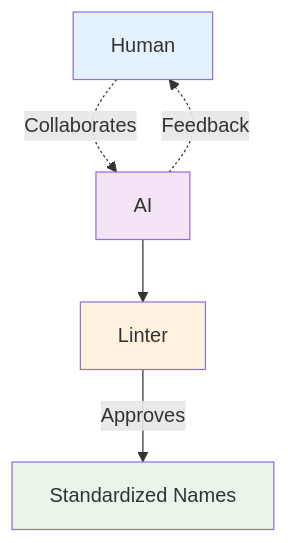
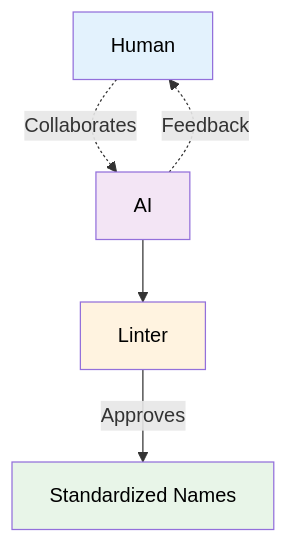
Before and after one commit to IndrajeetPatil/second-hardest-cs-thing: the third of 4 diagrams in index.qmd, drawn with Mermaid. The commit also changed other lines of this file and 4 other files, not shown here.

````diff
--- a/index.qmd
+++ b/index.qmd
@@ -1006,14 +1007,14 @@
 ```{mermaid}
 %%| eval: true
 %%| echo: false
 flowchart TD
     H[Human] -.->|Collaborates| A[AI]
     A -.->|Feedback| H
     A --> L[Linter]
     L -->|Approves| S[Standardized Names]
 
-    style H fill:#e3f2fd
-    style A fill:#f3e5f5
-    style L fill:#fff3e0
-    style S fill:#e8f5e8
+    style H fill:#e3f2fd,color:#000
+    style A fill:#f3e5f5,color:#000
+    style L fill:#fff3e0,color:#000
+    style S fill:#e8f5e8,color:#000
 ```
````
